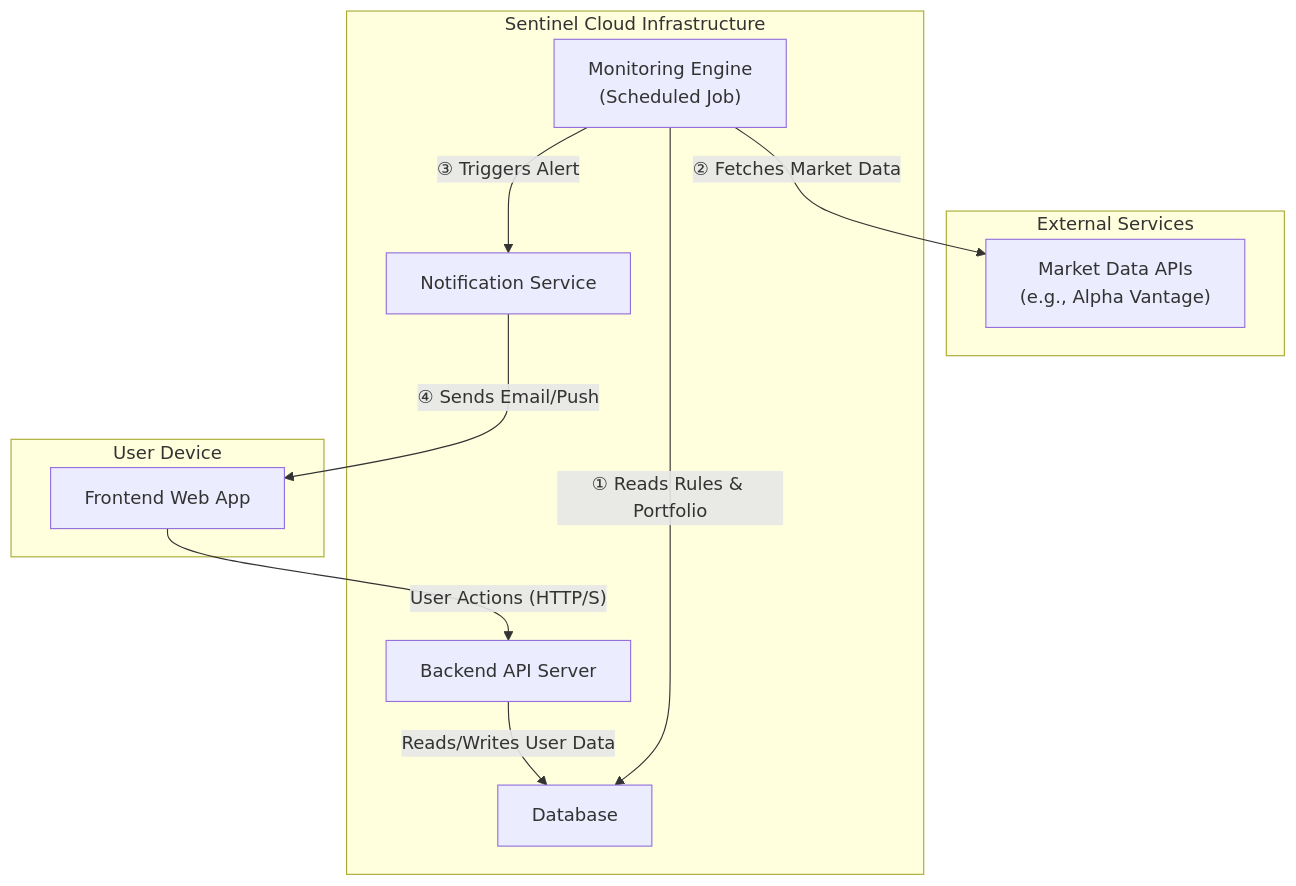
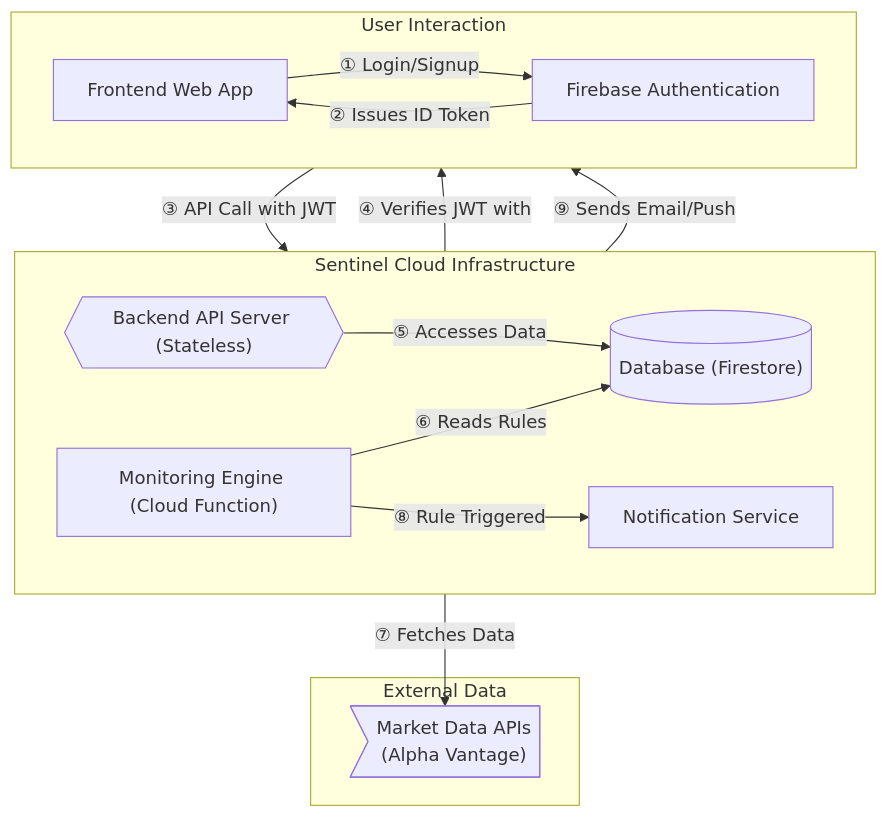
The fifth of 5 diagrams in product_spec.md (enzhao/Sentinel), drawn with Mermaid before and after one commit. The commit also changed other lines of this file and 15 other files, not shown here.

First line of the commit message:
feat(auth, docs): Implement user authentication and refactor spec

````diff
--- a/product_spec.md
+++ b/product_spec.md
@@ -154,28 +533,33 @@
 ```mermaid
-graph TD
-    %% Define the main containers/environments
-    subgraph User Device
-        A["Frontend Web App"]
+graph TB
+    subgraph Sentinel Cloud Infrastructure
+        direction LR
+        D["Monitoring Engine (Cloud Function)"] 
+        E["Notification Service"]
+        B{{"Backend API Server (Stateless)"}}
+        C[("Database (Firestore)")]
     end
 
-    subgraph External Services
-        F["Market Data APIs<br>(e.g., Alpha Vantage)"]
+    subgraph User Interaction
+        direction LR
+        A["Frontend Web App"]
+        G["Firebase Authentication"]
     end
 
-    subgraph Sentinel Cloud Infrastructure
-        B["Backend API Server"]
-        C["Database"]
-        D["Monitoring Engine<br>(Scheduled Job)"]
-        E["Notification Service"]
+    subgraph External Data
+        F>"Market Data APIs<br>(Alpha Vantage)"]
     end
 
-    %% Define the "Online" User Interaction Flow
-    A -- "User Actions (HTTP/S)" --> B
-    B -- "Reads/Writes User Data" --> C
+    %% Define the flows with corrected numbers
+    A -- "① Login/Signup" --> G
+    G -- "② Issues ID Token" --> A
 
-    %% Define the "Offline" Automated Monitoring Flow
-    D -- "① Reads Rules & Portfolio" --> C
-    D -- "② Fetches Market Data" --> F
-    D -- "③ Triggers Alert" --> E
-    E -- "④ Sends Email/Push" --> A
+    A -- "③ API Call with JWT" --> B
+    B -- "④ Verifies JWT with" --> G
+    B -- "⑤ Accesses Data" --> C
+
+    D -- "⑥ Reads Rules" --> C
+    D -- "⑦ Fetches Data" --> F
+    D -- "⑧ Rule Triggered" --> E
+    E -- "⑨ Sends Email/Push" --> A
 ```
````
